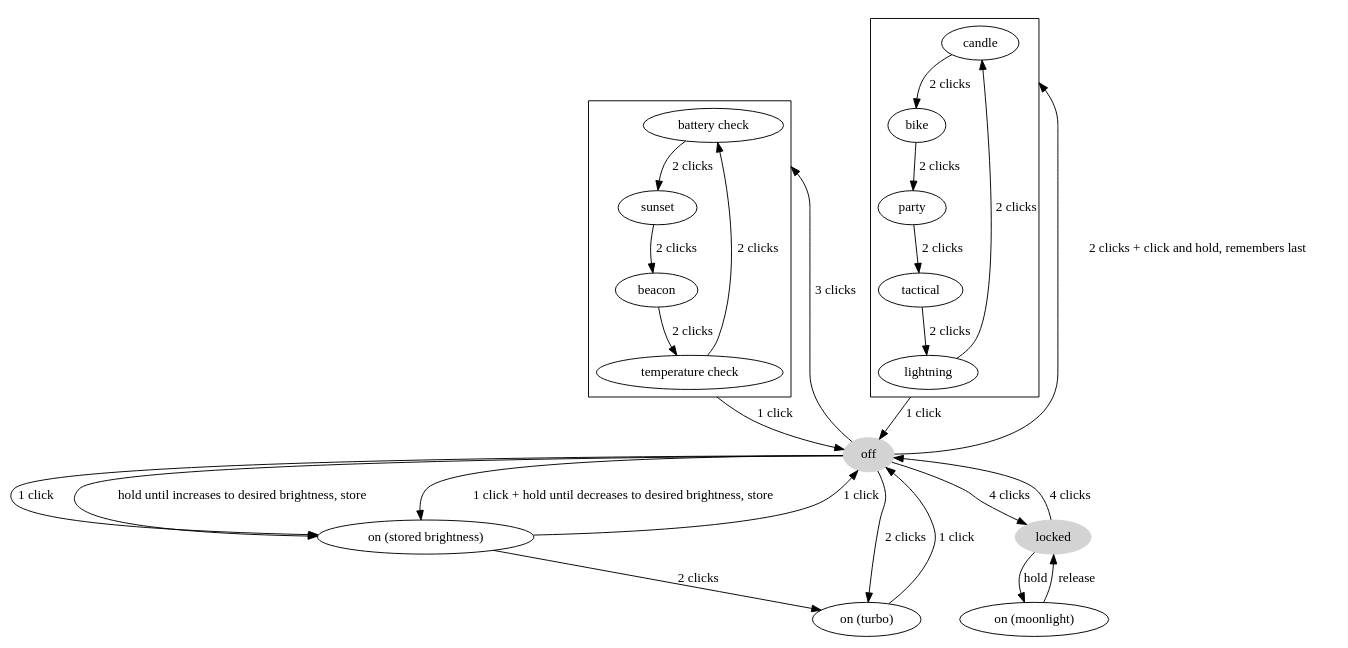
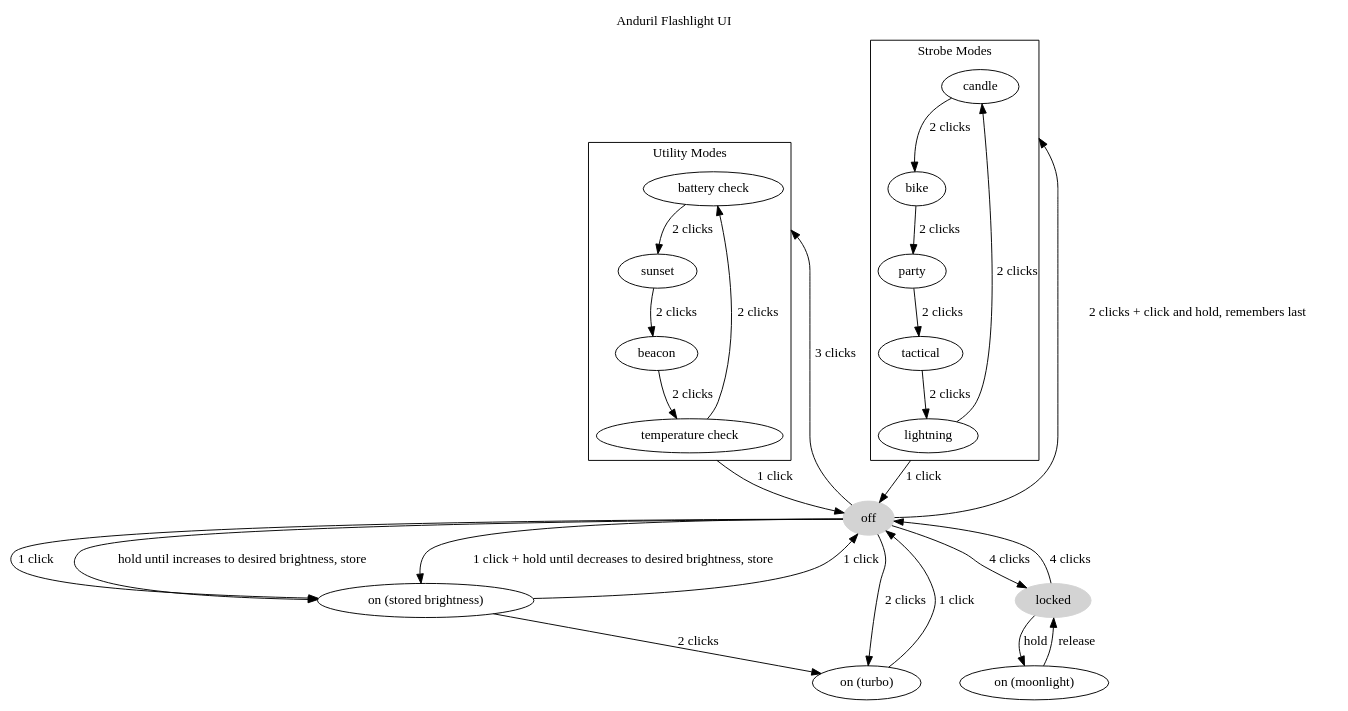
One commit to mmb/anduril-ui-diagram changed the diagram in ui.dot. Above: the diagram before and after it, drawn with Graphviz. The commit also changed 2 other files, not shown here.

```diff
--- a/ui.dot
+++ b/ui.dot
@@ -1,38 +1,43 @@
 digraph {
   compound=true
 
   off[style="filled",color="lightgrey"]
   off -> "on (stored brightness)"[label="1 click"];
   off -> "on (stored brightness)"[label="hold until increases to desired brightness, store"];
   off -> "on (turbo)"[label="2 clicks"];
   off -> "on (stored brightness)"[label="1 click + hold until decreases to desired brightness, store"];
   off -> locked[label="4 clicks"];
 
+  label="Utility Modes"
   off -> "battery check"[label="3 clicks",lhead="cluster_utility"];
   "temperature check" -> off[label="1 click",ltail="cluster_utility"]
   subgraph cluster_utility {
     "battery check" -> "sunset"[label="2 clicks"]
     sunset -> beacon[label="2 clicks"]
     beacon -> "temperature check"[label="2 clicks"]
     "temperature check" -> "battery check"[label="2 clicks"]
   }
 
+  label="Strobe Modes"
   off -> candle[label="2 clicks + click and hold, remembers last",lhead="cluster_strobe"];
   lightning -> off[label="1 click",ltail="cluster_strobe"];
   subgraph cluster_strobe {
     candle -> bike[label="2 clicks"]
     bike -> party[label="2 clicks"]
     party -> tactical[label="2 clicks"]
     tactical -> lightning[label="2 clicks"]
     lightning -> "candle"[label="2 clicks"]
   }
 
   locked[style="filled",color="lightgrey"]
   locked -> off[label="4 clicks"];
   locked -> "on (moonlight)"[label="hold"];
 
   "on (moonlight)" -> "locked"[label="release"];
   "on (stored brightness)" -> off[label="1 click"];
   "on (stored brightness)" -> "on (turbo)"[label="2 clicks"];
   "on (turbo)" -> off[label="1 click"];
+
+  label="Anduril Flashlight UI"
+  labelloc=t
 }
```
